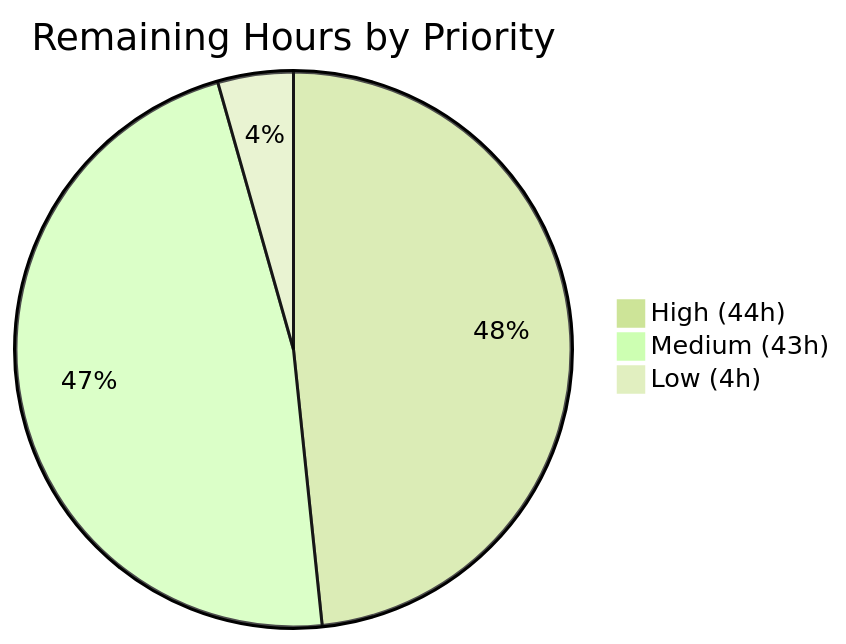
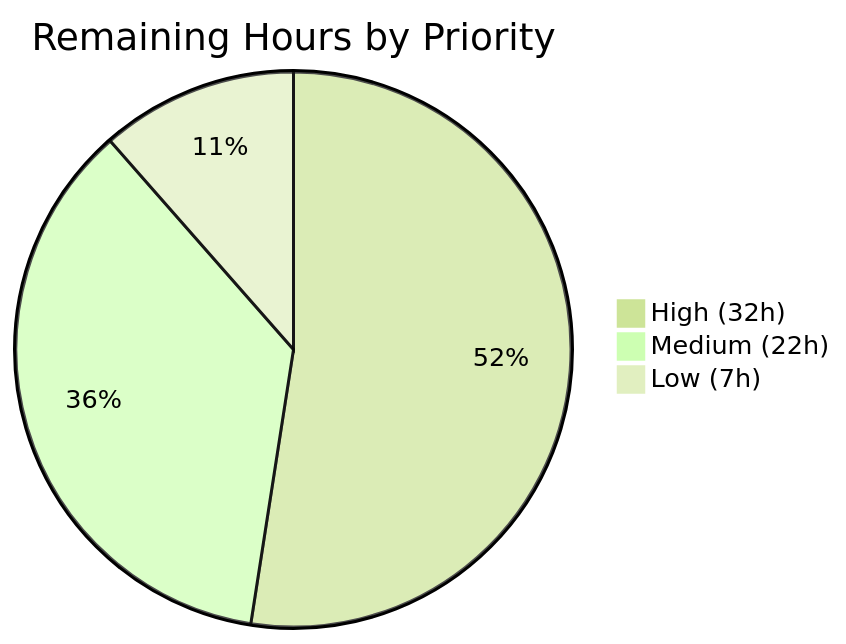
Before and after one commit to blitzy-public-samples/frappe: the third of 3 diagrams in blitzy/documentation/Project Guide.md, drawn with Mermaid (forest theme). The commit also changed other lines of this file, not shown here.

````diff
--- a/blitzy/documentation/Project Guide.md
+++ b/blitzy/documentation/Project Guide.md
@@ -233,6 +250,6 @@
 ```mermaid
 pie title Remaining Hours by Priority
-    "High (44h)" : 44
-    "Medium (43h)" : 43
-    "Low (4h)" : 4
+    "High (32h)" : 32
+    "Medium (22h)" : 22
+    "Low (7h)" : 7
 ```
````
